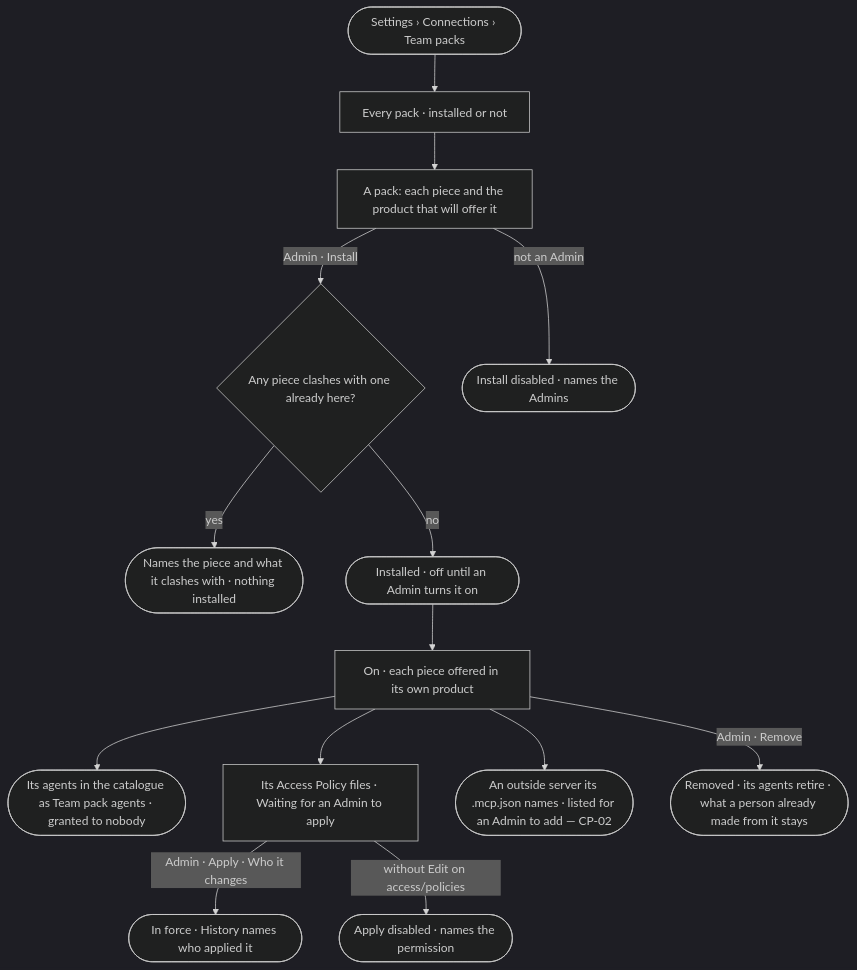
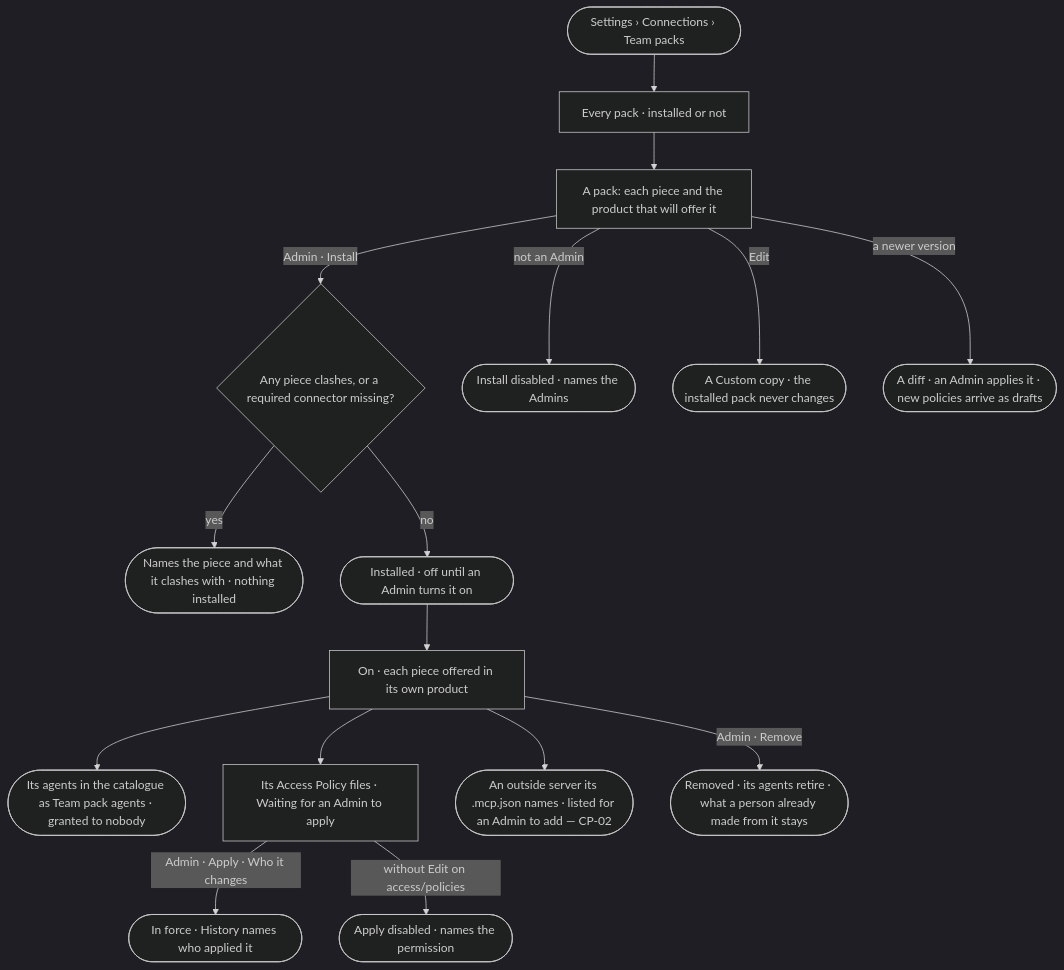
Before and after one commit to invana/invana: the diagram in specs/os/control/features/CP-F02-plugins-and-outside-tools/stories/CP-20-install-a-team-pack/story.md, drawn with Mermaid (dark theme). The commit also changed other lines of this file and 24 other files, not shown here.

````diff
--- a/specs/os/control/features/CP-F02-plugins-and-outside-tools/stories/CP-20-install-a-team-pack/story.md
+++ b/specs/os/control/features/CP-F02-plugins-and-outside-tools/stories/CP-20-install-a-team-pack/story.md
@@ -30,16 +30,18 @@
 ```mermaid
 flowchart TD
   s([Settings › Connections › Team packs]) --> l["Every pack · installed or not"]
   l --> p["A pack: each piece and the product that will offer it"]
-  p -->|Admin · Install| c{"Any piece clashes with one already here?"}
+  p -->|Admin · Install| c{"Any piece clashes, or a required connector missing?"}
   c -->|yes| x(["Names the piece and what it clashes with · nothing installed"])
   c -->|no| i(["Installed · off until an Admin turns it on"])
   i --> on["On · each piece offered in its own product"]
   on --> ag(["Its agents in the catalogue as Team pack agents · granted to nobody"])
   on --> pol["Its Access Policy files · Waiting for an Admin to apply"]
   pol -->|Admin · Apply · Who it changes| ap(["In force · History names who applied it"])
   pol -->|without Edit on access/policies| pd(["Apply disabled · names the permission"])
   on --> sv(["An outside server its .mcp.json names · listed for an Admin to add — CP-02"])
   p -->|not an Admin| d(["Install disabled · names the Admins"])
+  p -->|Edit| cu(["A Custom copy · the installed pack never changes"])
+  p -->|a newer version| up(["A diff · an Admin applies it · new policies arrive as drafts"])
   on -->|Admin · Remove| r(["Removed · its agents retire · what a person already made from it stays"])
 ```
````
